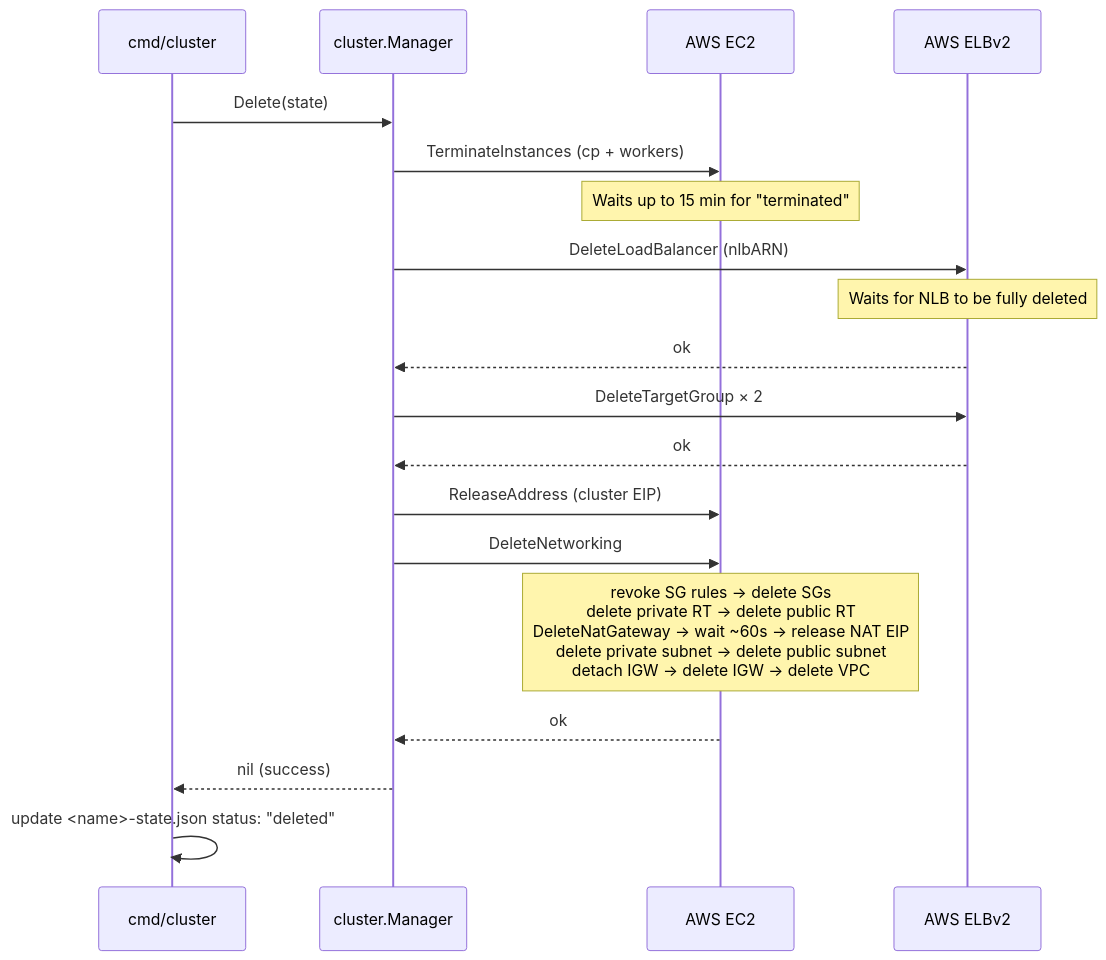
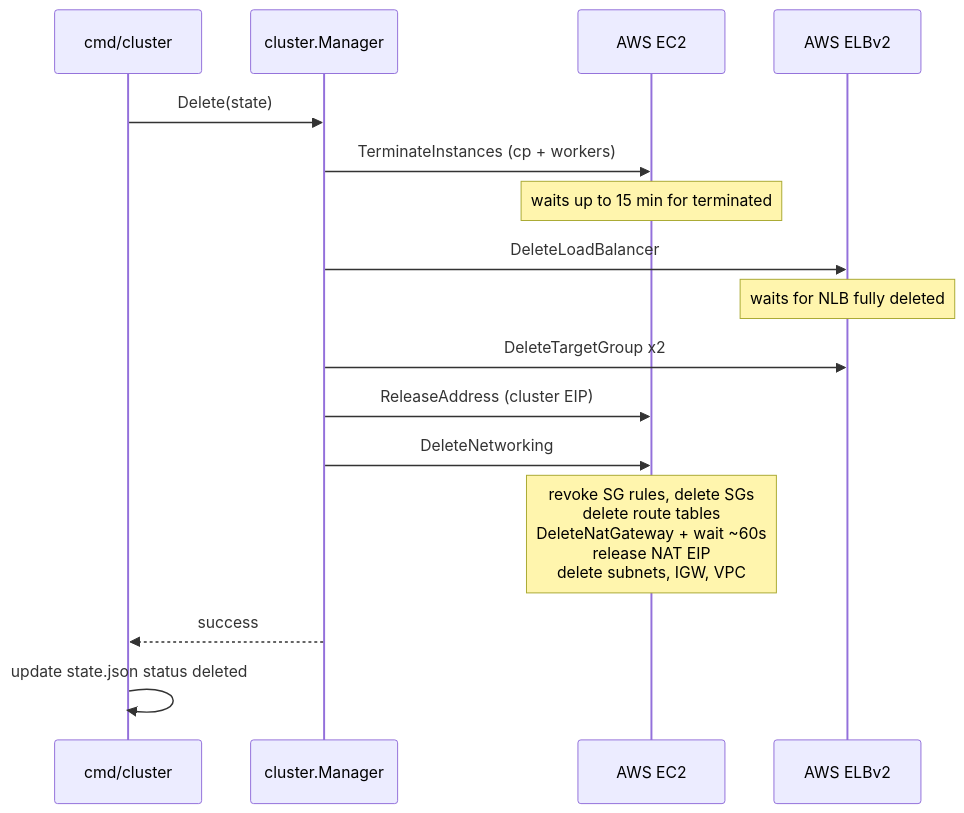
Before and after one commit to k8soneill/k8s-mcp: the fourth of 4 diagrams in docs/architecture.md, drawn with Mermaid. The commit also changed other lines of this file, not shown here.

Commit message:
Updated mermaid diagram

````diff
--- a/docs/architecture.md
+++ b/docs/architecture.md
@@ -143,27 +148,24 @@
 ```mermaid
 sequenceDiagram
     participant CLI as cmd/cluster
     participant MGR as cluster.Manager
     participant AWS as AWS EC2
     participant ELB as AWS ELBv2
 
     CLI->>MGR: Delete(state)
 
     MGR->>AWS: TerminateInstances (cp + workers)
-    Note over AWS: Waits up to 15 min for "terminated"
+    Note over AWS: waits up to 15 min for terminated
 
-    MGR->>ELB: DeleteLoadBalancer (nlbARN)
-    Note over ELB: Waits for NLB to be fully deleted
-    ELB-->>MGR: ok
-    MGR->>ELB: DeleteTargetGroup × 2
-    ELB-->>MGR: ok
+    MGR->>ELB: DeleteLoadBalancer
+    Note over ELB: waits for NLB fully deleted
+    MGR->>ELB: DeleteTargetGroup x2
 
     MGR->>AWS: ReleaseAddress (cluster EIP)
 
     MGR->>AWS: DeleteNetworking
-    Note over AWS: revoke SG rules → delete SGs<br/>delete private RT → delete public RT<br/>DeleteNatGateway → wait ~60s → release NAT EIP<br/>delete private subnet → delete public subnet<br/>detach IGW → delete IGW → delete VPC
-    AWS-->>MGR: ok
+    Note over AWS: revoke SG rules, delete SGs<br/>delete route tables<br/>DeleteNatGateway + wait ~60s<br/>release NAT EIP<br/>delete subnets, IGW, VPC
 
-    MGR-->>CLI: nil (success)
-    CLI->>CLI: update <name>-state.json status: "deleted"
+    MGR-->>CLI: success
+    CLI->>CLI: update state.json status deleted
 ```
````
